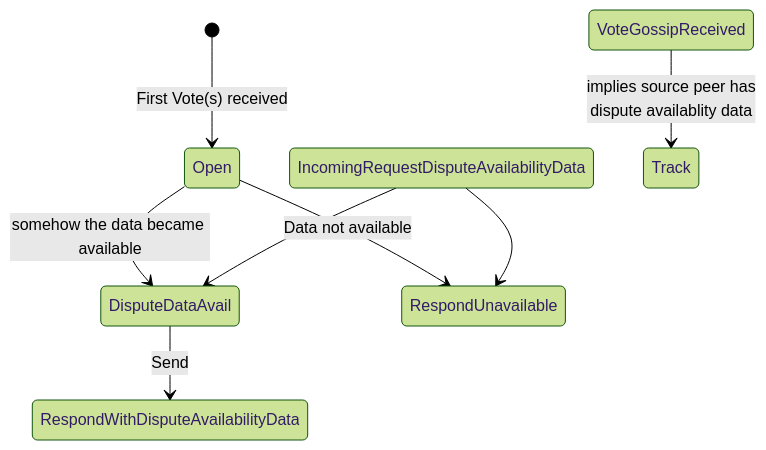
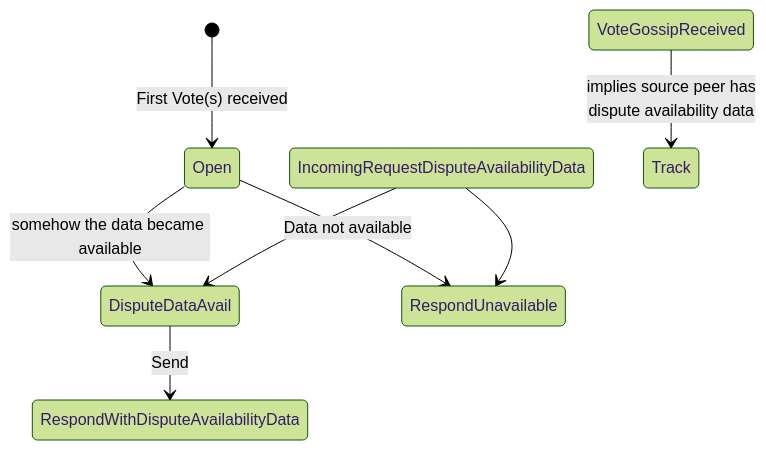
The third of 4 diagrams in polkadot/roadmap/implementers-guide/src/disputes-flow.md (paritytech/polkadot-sdk), drawn with Mermaid (forest theme) before and after one commit. The commit also changed 22 other files, not shown here.

````diff
--- a/polkadot/roadmap/implementers-guide/src/disputes-flow.md
+++ b/polkadot/roadmap/implementers-guide/src/disputes-flow.md
@@ -47,10 +47,10 @@
 ```mermaid
 stateDiagram-v2
     [*] --> Open: First Vote(s) received
     Open --> DisputeDataAvail: somehow the data became available
     Open --> RespondUnavailable: Data not available
     IncomingRequestDisputeAvailabilityData --> RespondUnavailable
     IncomingRequestDisputeAvailabilityData --> DisputeDataAvail
     DisputeDataAvail --> RespondWithDisputeAvailabilityData: Send
-    VoteGossipReceived --> Track: implies source peer has<br />dispute availablity data
+    VoteGossipReceived --> Track: implies source peer has<br />dispute availability data
 ```
````
